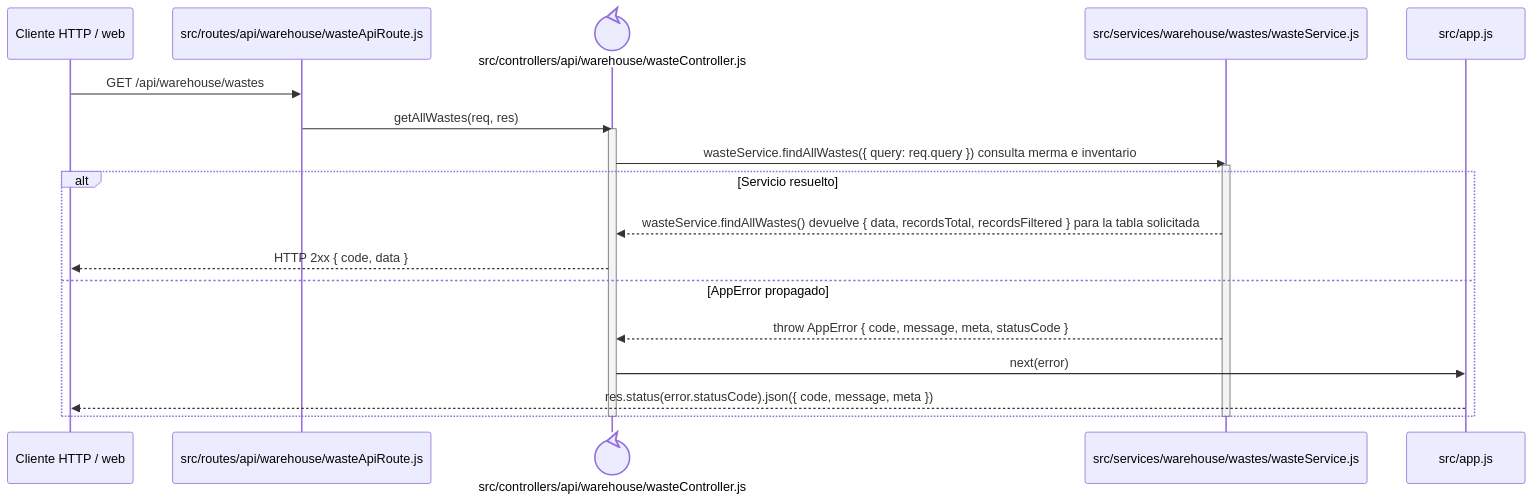
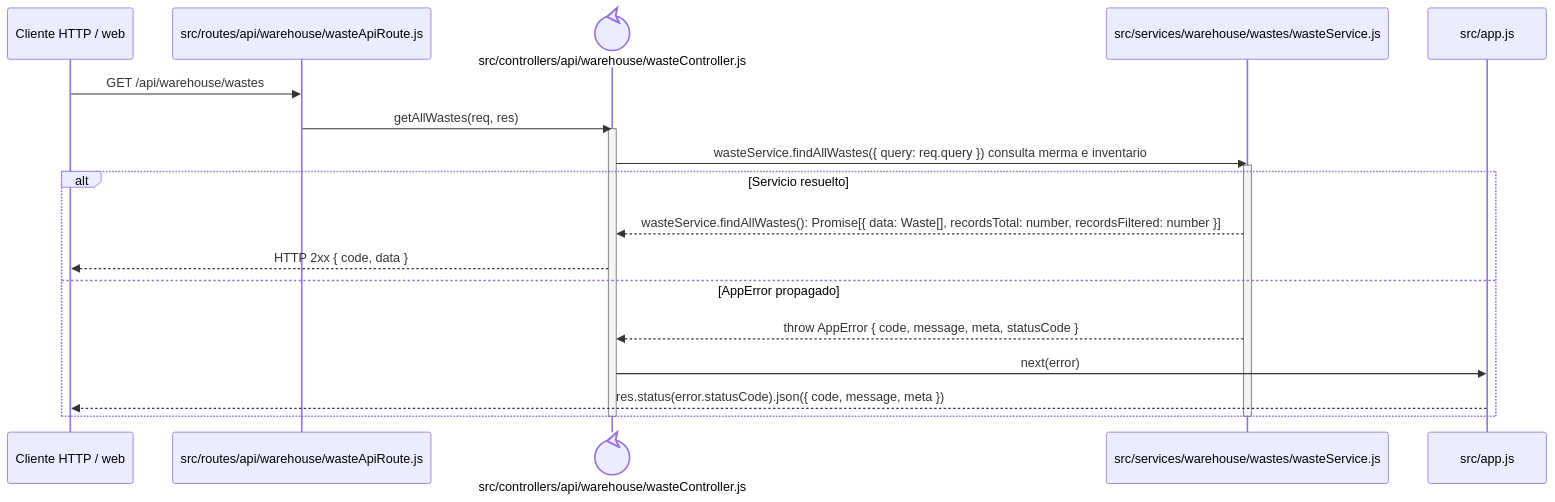
Before and after one commit to gpgsistemas01/nexus: the diagram in docs/architecture/backend-code-sequences/catalogs/cu-alm-09.md, drawn with Mermaid. The commit also changed 146 other files, not shown here.

````diff
--- a/docs/architecture/backend-code-sequences/catalogs/cu-alm-09.md
+++ b/docs/architecture/backend-code-sequences/catalogs/cu-alm-09.md
@@ -6,24 +6,24 @@
 ```mermaid
 sequenceDiagram
     participant Client as Cliente HTTP / web
     participant Route as src/routes/api/warehouse/wasteApiRoute.js
     participant Controller@{ "type": "control" } as src/controllers/api/warehouse/wasteController.js
     participant Domain as src/services/warehouse/wastes/wasteService.js
     participant ErrorHandler as src/app.js
 
     Client->>Route: GET /api/warehouse/wastes
     Route->>Controller: getAllWastes(req, res)
     activate Controller
     Controller->>Domain: wasteService.findAllWastes({ query: req.query }) consulta merma e inventario
     activate Domain
     alt Servicio resuelto
-        Domain-->>Controller: wasteService.findAllWastes() devuelve { data, recordsTotal, recordsFiltered } para la tabla solicitada
+        Domain-->>Controller: wasteService.findAllWastes(): Promise[{ data: Waste[], recordsTotal: number, recordsFiltered: number }]
         Controller-->>Client: HTTP 2xx { code, data }
     else AppError propagado
         Domain-->>Controller: throw AppError { code, message, meta, statusCode }
         Controller->>ErrorHandler: next(error)
         ErrorHandler-->>Client: res.status(error.statusCode).json({ code, message, meta })
     end
     deactivate Domain
     deactivate Controller
 ```
````
